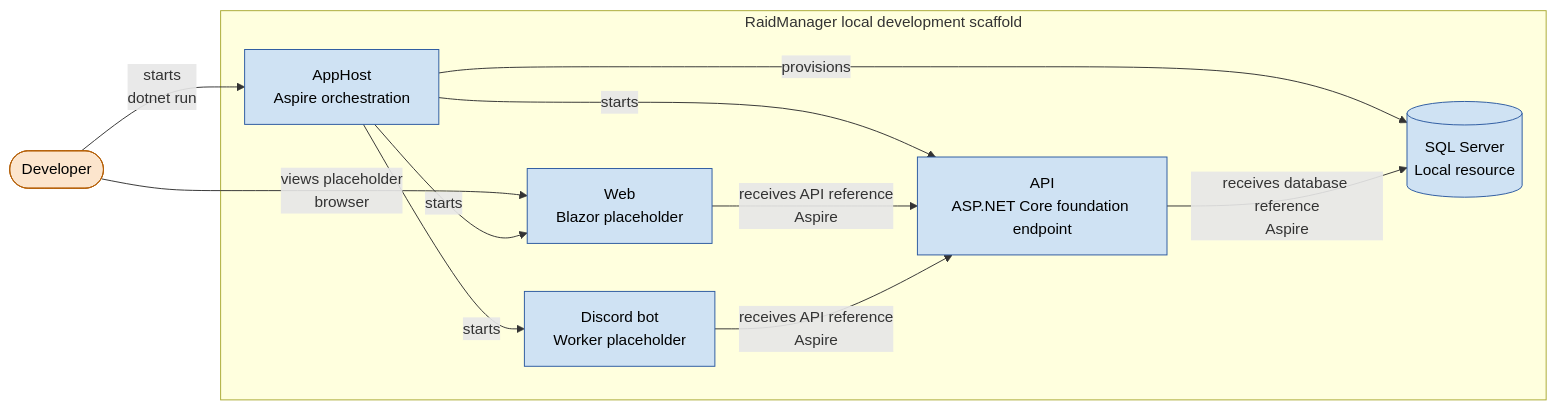
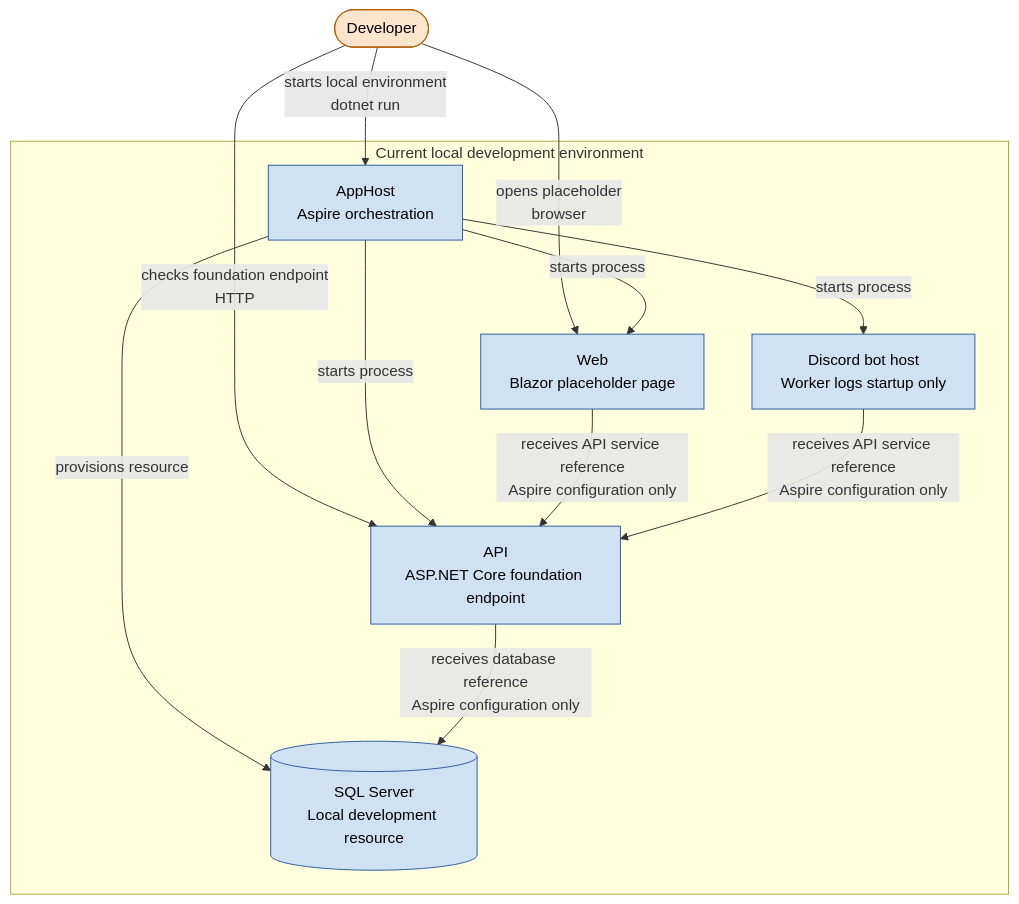
Before and after one commit to AnnabiGihed/RaidManager: the diagram in docs/diagrams/container.mmd, drawn with Mermaid. The commit also changed 69 other files, not shown here.

First line of the commit message:
docs: add version 1 visual guide with UML and C4 diagrams (#3)

```diff
--- a/docs/diagrams/container.mmd
+++ b/docs/diagrams/container.mmd
@@ -1,26 +1,26 @@
-flowchart LR
+flowchart TB
     developer([Developer])
 
-    subgraph local[RaidManager local development scaffold]
+    subgraph local[Current local development environment]
         apphost[AppHost<br/>Aspire orchestration]
-        web[Web<br/>Blazor placeholder]
+        web[Web<br/>Blazor placeholder page]
         api[API<br/>ASP.NET Core foundation endpoint]
-        bot[Discord bot<br/>Worker placeholder]
-        sql[(SQL Server<br/>Local resource)]
+        bot[Discord bot host<br/>Worker logs startup only]
+        sql[(SQL Server<br/>Local development resource)]
     end
 
-    developer -->|starts<br/>dotnet run| apphost
-    developer -->|views placeholder<br/>browser| web
-    apphost -->|starts| web
-    apphost -->|starts| api
-    apphost -->|starts| bot
-    apphost -->|provisions| sql
-    web -->|receives API reference<br/>Aspire| api
-    bot -->|receives API reference<br/>Aspire| api
-    api -->|receives database reference<br/>Aspire| sql
+    developer -->|starts local environment<br/>dotnet run| apphost
+    developer -->|opens placeholder<br/>browser| web
+    developer -->|checks foundation endpoint<br/>HTTP| api
+    apphost -->|starts process| web
+    apphost -->|starts process| api
+    apphost -->|starts process| bot
+    apphost -->|provisions resource| sql
+    web -->|receives API service reference<br/>Aspire configuration only| api
+    bot -->|receives API service reference<br/>Aspire configuration only| api
+    api -->|receives database reference<br/>Aspire configuration only| sql
 
     classDef person   fill:#fce5cd,stroke:#b45f06,stroke-width:1px,color:#000
     classDef internal fill:#cfe2f3,stroke:#2c5aa0,stroke-width:1px,color:#000
-
     class developer person
     class apphost,web,api,bot,sql internal
```
